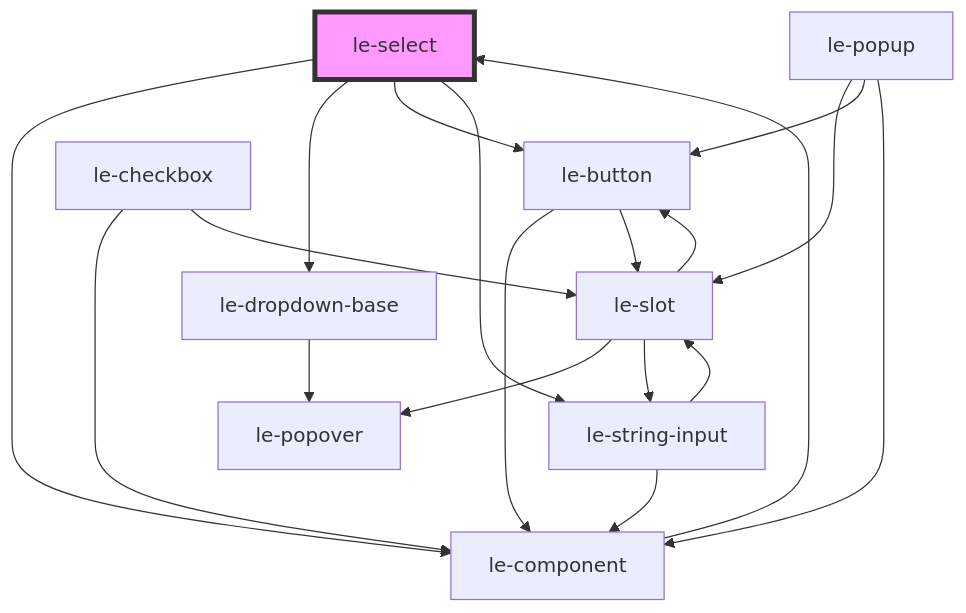
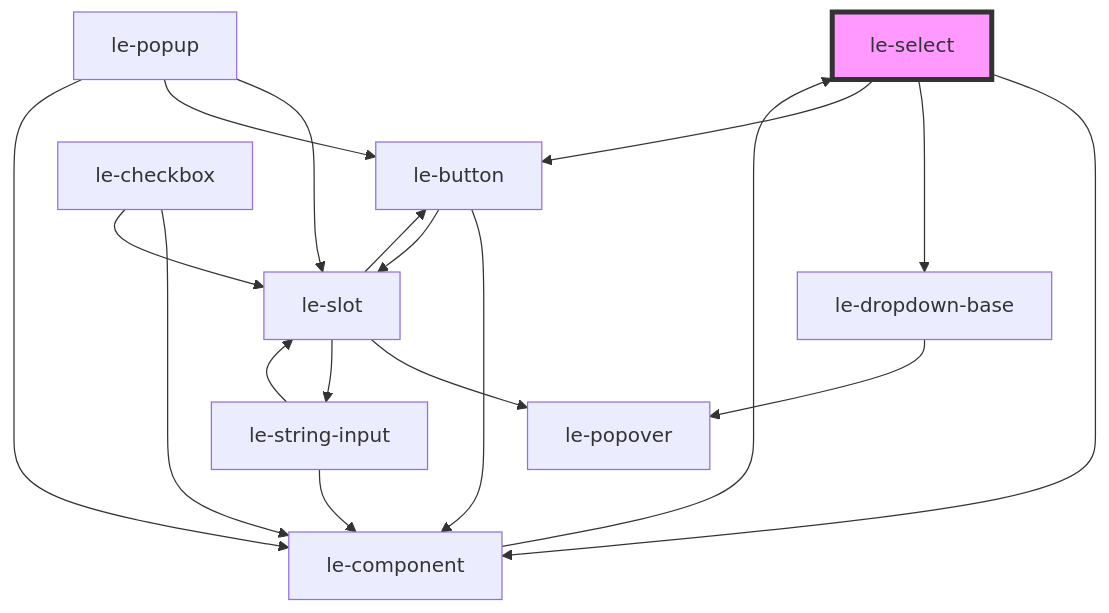
Before and after one commit to leechy/le-kit: the diagram in packages/core/src/components/le-select/readme.md, drawn with Mermaid. The commit also changed other lines of this file and 32 other files, not shown here.

````diff
--- a/packages/core/src/components/le-select/readme.md
+++ b/packages/core/src/components/le-select/readme.md
@@ -76,22 +75,21 @@
 ```mermaid
 graph TD;
   le-select --> le-component
   le-select --> le-dropdown-base
   le-select --> le-button
-  le-select --> le-string-input
   le-component --> le-select
   le-button --> le-component
   le-button --> le-slot
   le-slot --> le-popover
   le-slot --> le-button
   le-slot --> le-string-input
   le-string-input --> le-component
   le-string-input --> le-slot
   le-checkbox --> le-component
   le-checkbox --> le-slot
   le-popup --> le-slot
   le-popup --> le-button
   le-popup --> le-component
   le-dropdown-base --> le-popover
   style le-select fill:#f9f,stroke:#333,stroke-width:4px
 ```
````
